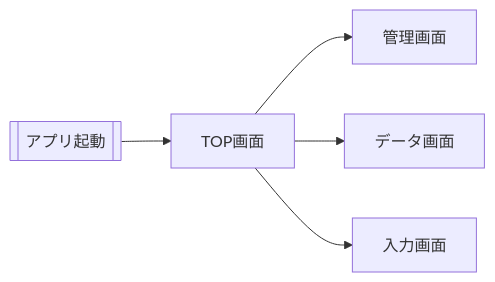
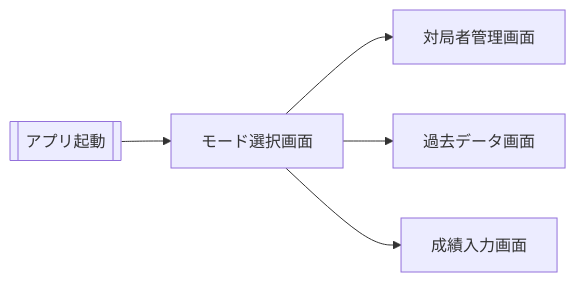
Before and after one commit to kongou71905/fs-test-app: the diagram in docs/05_Screen-Flowchart.md, drawn with Mermaid. The commit also changed other lines of this file, not shown here.

````diff
--- a/docs/05_Screen-Flowchart.md
+++ b/docs/05_Screen-Flowchart.md
@@ -3,7 +3,7 @@
 ```mermaid
 flowchart LR
-	start[[アプリ起動]] --> top[TOP画面]
-    top[TOP画面] --> kanri[管理画面]
-    top[TOP画面] --> Data[データ画面]
-    top[TOP画面] --> input[入力画面]
+	start[[アプリ起動]] --> 01-top[モード選択画面]
+    01-top[モード選択画面] --> 02-kanri[対局者管理画面]
+    01-top[モード選択画面] --> 03-Data[過去データ画面]
+    01-top[モード選択画面] --> 04-input[成績入力画面]
 ```
````
